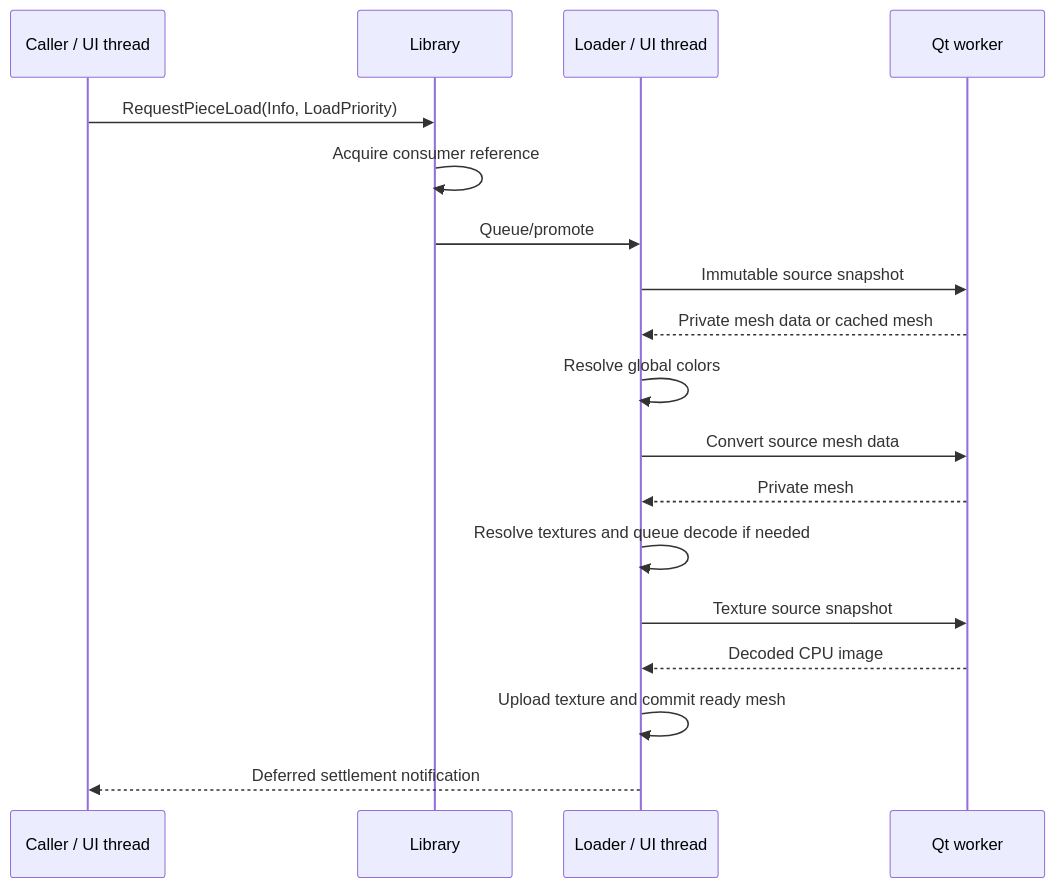
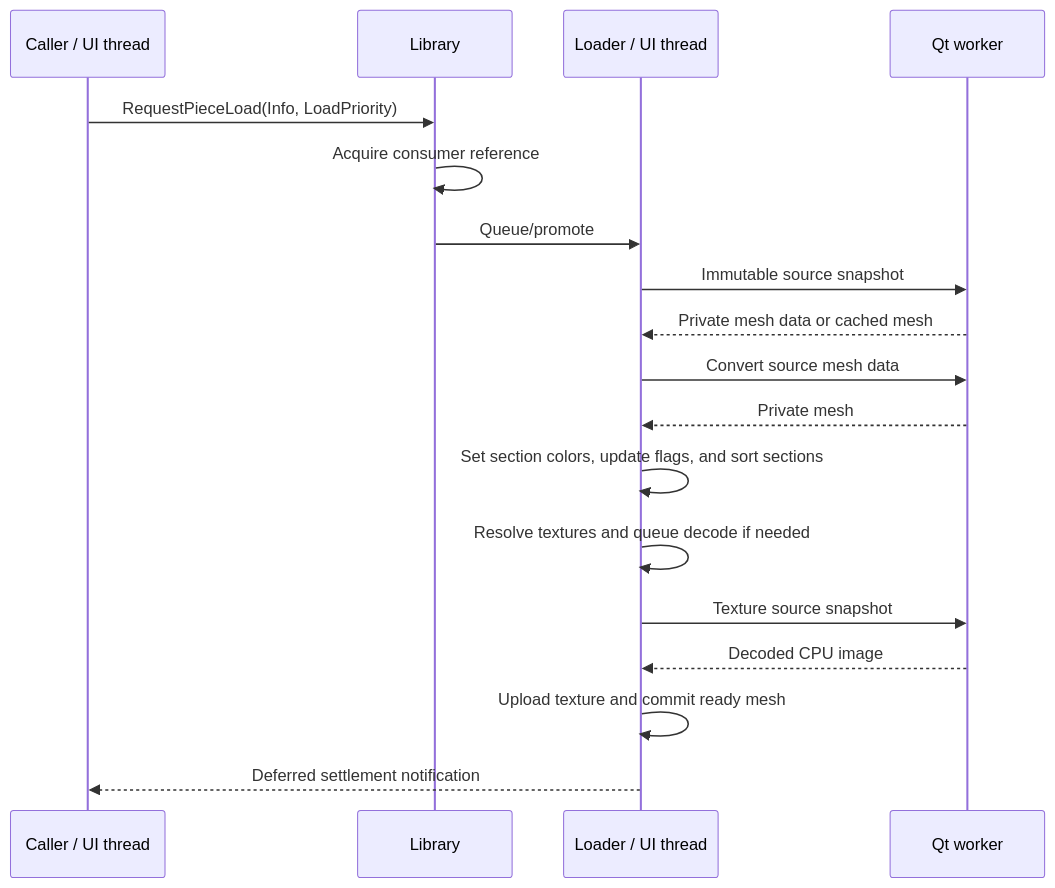
The second of 2 diagrams in docs/asset-loading.md (nathaneltitane/studworx), drawn with Mermaid before and after one commit. The commit also changed other lines of this file and 7 other files, not shown here.

````diff
--- a/docs/asset-loading.md
+++ b/docs/asset-loading.md
@@ -289,20 +289,20 @@
 ```mermaid
 sequenceDiagram
     participant Caller as Caller / UI thread
     participant Library as Library
     participant Loader as Loader / UI thread
     participant Worker as Qt worker
     Caller->>Library: RequestPieceLoad(Info, LoadPriority)
     Library->>Library: Acquire consumer reference
     Library->>Loader: Queue/promote
     Loader->>Worker: Immutable source snapshot
     Worker-->>Loader: Private mesh data or cached mesh
-    Loader->>Loader: Resolve global colors
     Loader->>Worker: Convert source mesh data
     Worker-->>Loader: Private mesh
+    Loader->>Loader: Set section colors, update flags, and sort sections
     Loader->>Loader: Resolve textures and queue decode if needed
     Loader->>Worker: Texture source snapshot
     Worker-->>Loader: Decoded CPU image
     Loader->>Loader: Upload texture and commit ready mesh
     Loader-->>Caller: Deferred settlement notification
 ```
````
